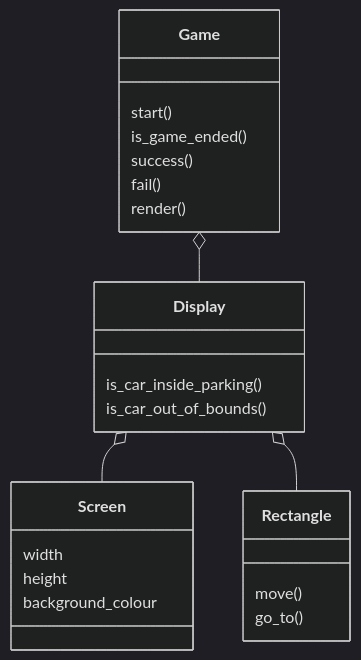
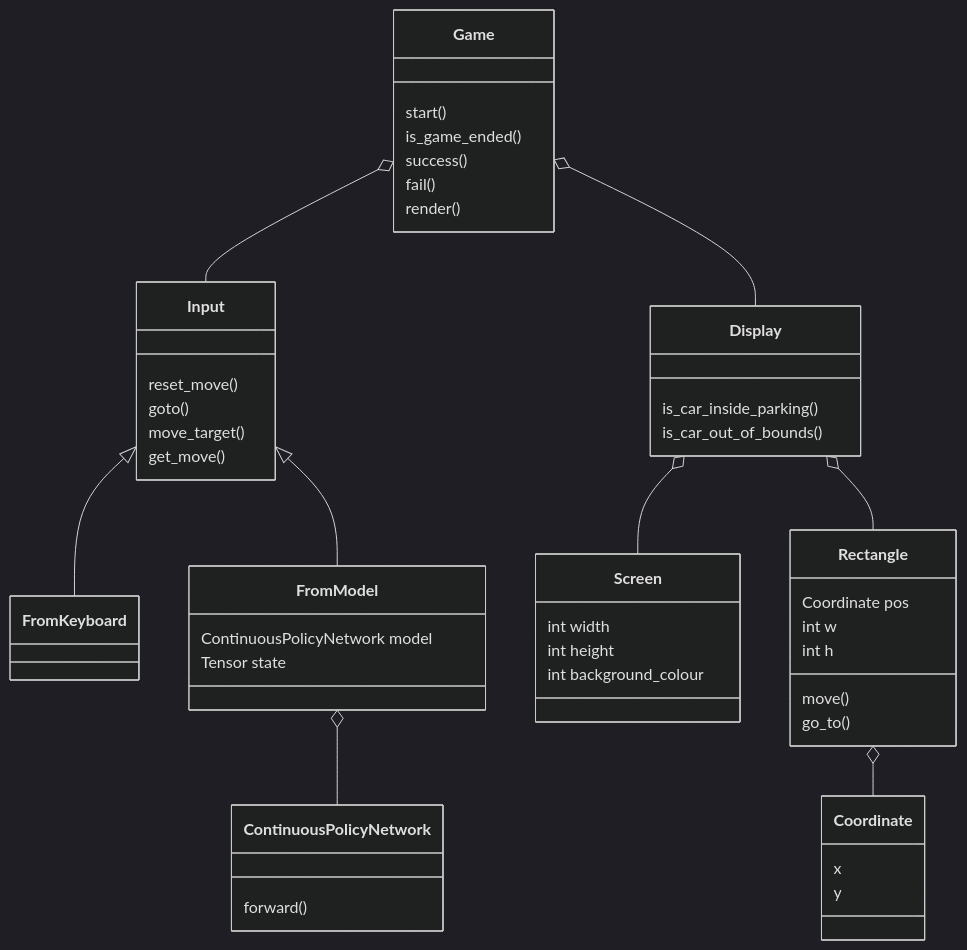
Before and after one commit to gdesouza/ml-sandbox: the diagram in game/readme.md, drawn with Mermaid (dark theme). The commit also changed other lines of this file, not shown here.

````diff
--- a/game/readme.md
+++ b/game/readme.md
@@ -47,25 +57,46 @@
 ```mermaid
 
 classDiagram
+    Game o-- Input
     Game o-- Display
     Game : start()
     Game : is_game_ended()
     Game : success()
     Game : fail()
     Game : render()
 
+    Input : reset_move()
+    Input: goto()
+    Input: move_target()
+    Input: get_move()
+    Input <|-- FromKeyboard
+    Input <|-- FromModel
+
+    FromModel : ContinuousPolicyNetwork model
+    FromModel : Tensor state 
+    FromModel o-- ContinuousPolicyNetwork
+    ContinuousPolicyNetwork: forward()
+
+
     Display o-- Screen
-    Screen : width
-    Screen : height
-    Screen : background_colour
+    Screen : int width
+    Screen : int height
+    Screen : int background_colour
     
     Display o-- Rectangle
 
     Display : is_car_inside_parking()
     Display : is_car_out_of_bounds()
 
     Rectangle : move()
     Rectangle : go_to()
+    Rectangle: Coordinate pos 
+    Rectangle: int w
+    Rectangle: int h
+
+    Rectangle o-- Coordinate
+    Coordinate:x
+    Coordinate: y
 
 
 ```
````
